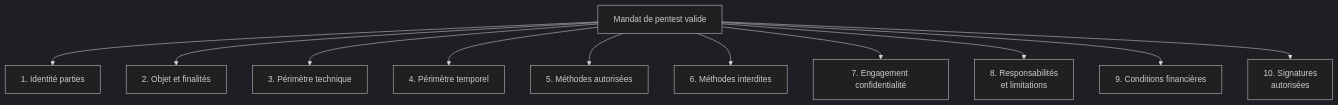
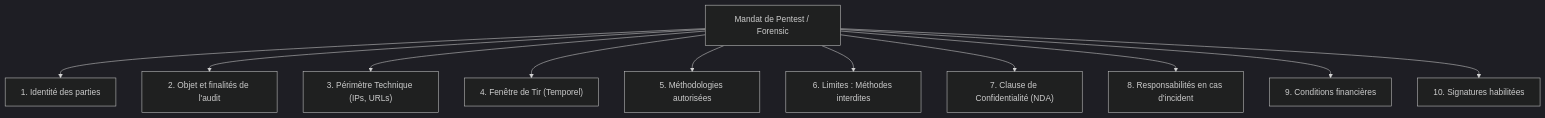
The second of 4 diagrams in docs/cursus-forensic/01-cycle-0-fondations/module-1-legislation/10-cadre-pentest-legal.md (zyrass/omnydocs), drawn with Mermaid (dark theme) before and after one commit. The commit also changed other lines of this file and 171 other files, not shown here.

````diff
--- a/docs/cursus-forensic/01-cycle-0-fondations/module-1-legislation/10-cadre-pentest-legal.md
+++ b/docs/cursus-forensic/01-cycle-0-fondations/module-1-legislation/10-cadre-pentest-legal.md
@@ -87,13 +89,13 @@
 ```mermaid
 flowchart TB
-    A[Mandat de pentest valide] --> B[1. Identité parties]
-    A --> C[2. Objet et finalités]
-    A --> D[3. Périmètre technique]
-    A --> E[4. Périmètre temporel]
-    A --> F[5. Méthodes autorisées]
-    A --> G[6. Méthodes interdites]
-    A --> H[7. Engagement confidentialité]
-    A --> I[8. Responsabilités<br>et limitations]
-    A --> J[9. Conditions financières]
-    A --> K[10. Signatures<br>autorisées]
+    A["Mandat de Pentest / Forensic"] --> B["1. Identité des parties"]
+    A --> C["2. Objet et finalités de l'audit"]
+    A --> D["3. Périmètre Technique (IPs, URLs)"]
+    A --> E["4. Fenêtre de Tir (Temporel)"]
+    A --> F["5. Méthodologies autorisées"]
+    A --> G["6. Limites : Méthodes interdites"]
+    A --> H["7. Clause de Confidentialité (NDA)"]
+    A --> I["8. Responsabilités en cas d'incident"]
+    A --> J["9. Conditions financières"]
+    A --> K["10. Signatures habilitées"]
 ```
````
